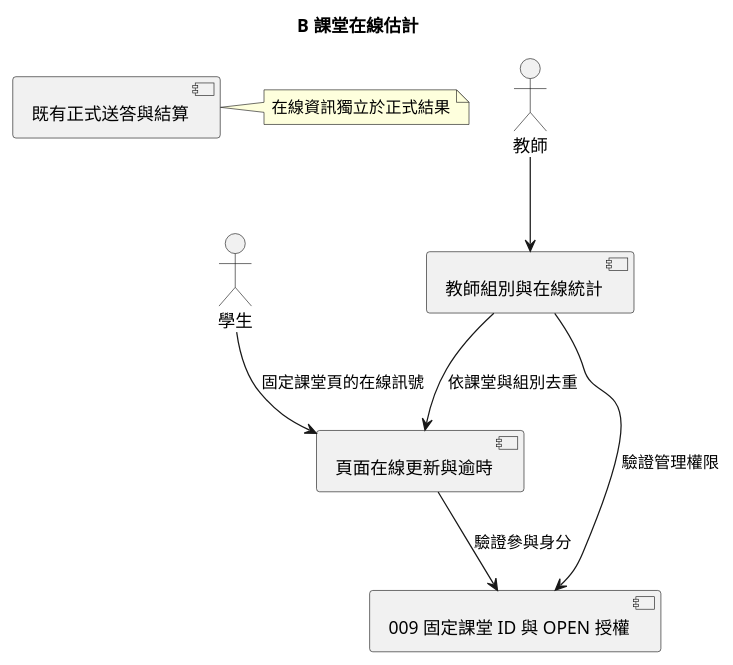
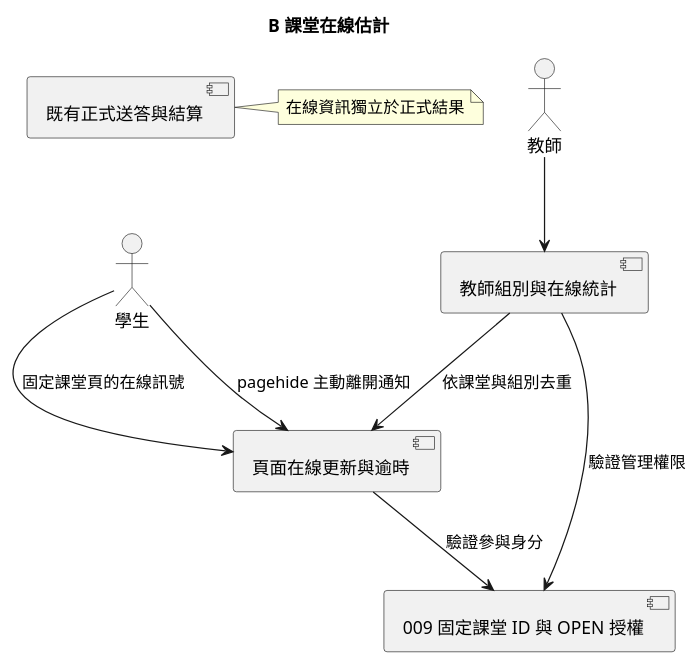
The diagram in diagrams/010-presence-component.puml (Afra0704/se2026-group20-speckit), drawn with PlantUML before and after one commit. The commit also changed 41 other files, not shown here.

```diff
--- a/diagrams/010-presence-component.puml
+++ b/diagrams/010-presence-component.puml
@@ -1,17 +1,18 @@
 @startuml
 title B 課堂在線估計
 actor 學生
 actor 教師
 component "009 固定課堂 ID 與 OPEN 授權" as Auth
 component "頁面在線更新與逾時" as Presence
 component "教師組別與在線統計" as Roster
 component "既有正式送答與結算" as Quiz
 學生 --> Presence : 固定課堂頁的在線訊號
+學生 --> Presence : pagehide 主動離開通知
 Presence --> Auth : 驗證參與身分
 教師 --> Roster
 Roster --> Auth : 驗證管理權限
 Roster --> Presence : 依課堂與組別去重
 note right of Quiz
 在線資訊獨立於正式結果
 end note
 @enduml
```
